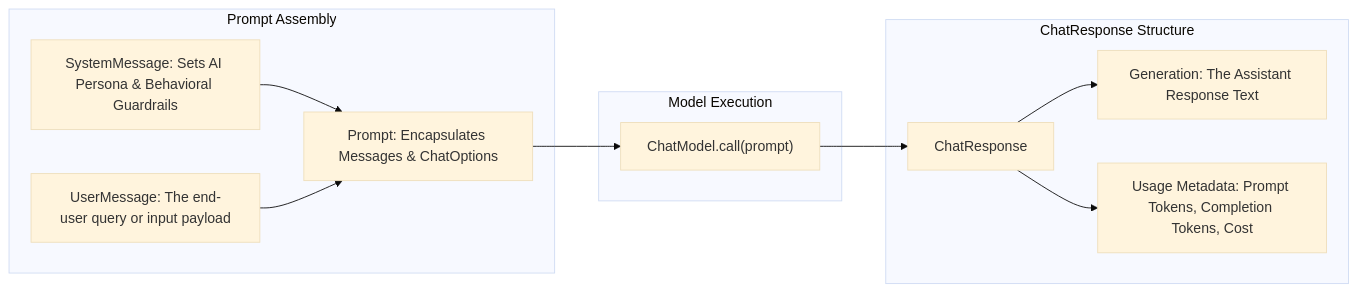
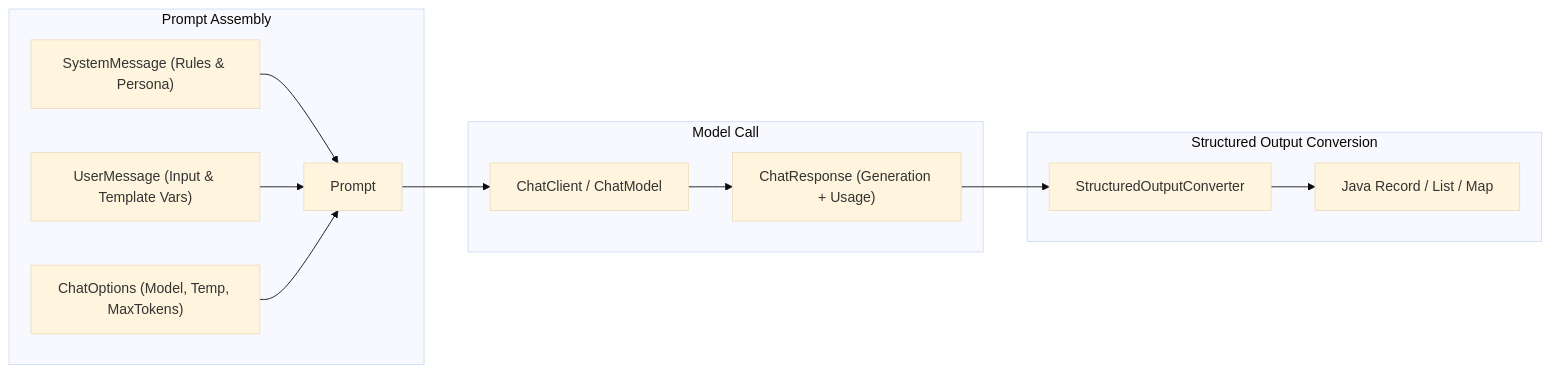
Before and after one commit to ravishankar2463/java_hub: the second of 2 diagrams in content/roadmap/level-14/the-ai-landscape-for-java-spring-ai.md, drawn with Mermaid (base theme). The commit also changed other lines of this file and 119 other files, not shown here.

Commit message:
feat: add comprehensive java learning roadmap content across multiple levels

````diff
--- a/content/roadmap/level-14/the-ai-landscape-for-java-spring-ai.md
+++ b/content/roadmap/level-14/the-ai-landscape-for-java-spring-ai.md
@@ -56,21 +73,22 @@
 ```mermaid
 flowchart LR
-    subgraph PromptConstruct["Prompt Assembly"]
-        SysMsg["SystemMessage: Sets AI Persona & Behavioral Guardrails"]
-        UserMsg["UserMessage: The end-user query or input payload"]
-        Prompt["Prompt: Encapsulates Messages & ChatOptions"]
-        
-        SysMsg --> Prompt
-        UserMsg --> Prompt
+    subgraph Input["Prompt Assembly"]
+        Sys["SystemMessage (Rules & Persona)"]
+        Usr["UserMessage (Input & Template Vars)"]
+        Opts["ChatOptions (Model, Temp, MaxTokens)"]
+        Prompt["Prompt"]
+        Sys --> Prompt
+        Usr --> Prompt
+        Opts --> Prompt
     end
 
-    subgraph Execution["Model Execution"]
-        Prompt --> ChatModelExec["ChatModel.call(prompt)"]
+    subgraph Execution["Model Call"]
+        Prompt --> Call["ChatClient / ChatModel"]
+        Call --> Resp["ChatResponse (Generation + Usage)"]
     end
 
-    subgraph ResponseStructure["ChatResponse Structure"]
-        ChatModelExec --> ChatResp["ChatResponse"]
-        ChatResp --> Gen["Generation: The Assistant Response Text"]
-        ChatResp --> Meta["Usage Metadata: Prompt Tokens, Completion Tokens, Cost"]
+    subgraph Output["Structured Output Conversion"]
+        Resp --> Conv["StructuredOutputConverter"]
+        Conv --> Record["Java Record / List / Map"]
     end
 ```
````
